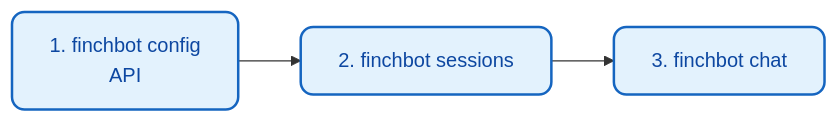
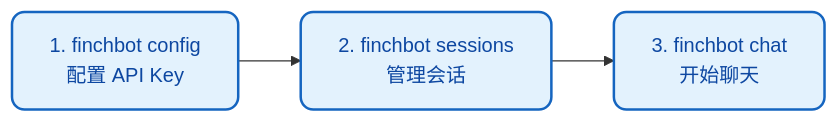
Before and after one commit to xt765/FinchBot: the first of 3 diagrams in docs/zh-CN/guide/usage.md, drawn with Mermaid. The commit also changed other lines of this file and 10 other files, not shown here.

````diff
--- a/docs/zh-CN/guide/usage.md
+++ b/docs/zh-CN/guide/usage.md
@@ -20,7 +20,7 @@
 ```mermaid
 flowchart LR
     classDef step fill:#e3f2fd,stroke:#1565c0,stroke-width:2px,color:#0d47a1,rx:10,ry:10;
 
-    A["1. finchbot config<br/> API "]:::step --> B["2. finchbot sessions<br/>"]:::step
-    B --> C["3. finchbot chat<br/>"]:::step
+    A["1. finchbot config<br/>配置 API Key"]:::step --> B["2. finchbot sessions<br/>管理会话"]:::step
+    B --> C["3. finchbot chat<br/>开始聊天"]:::step
 ```
````
